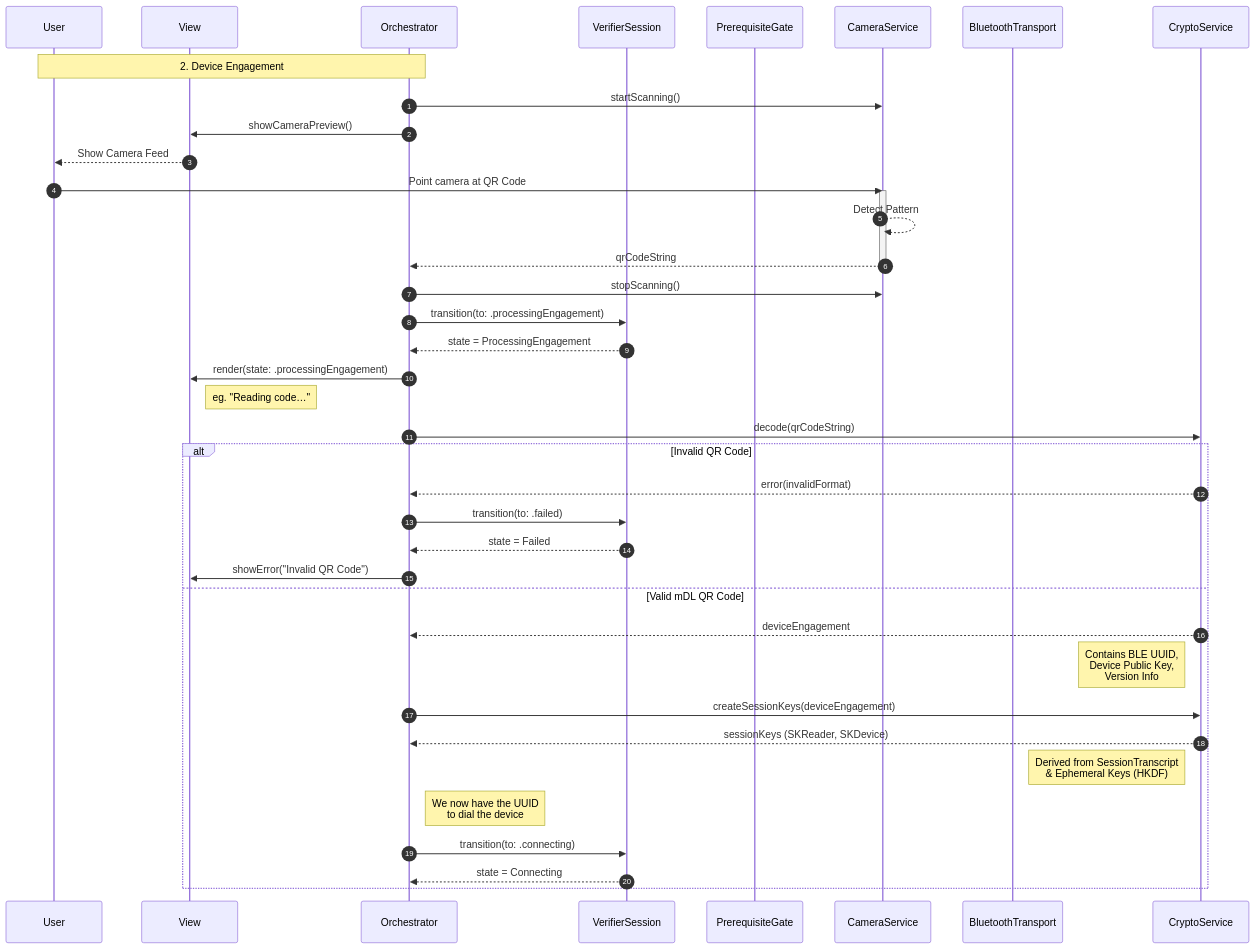
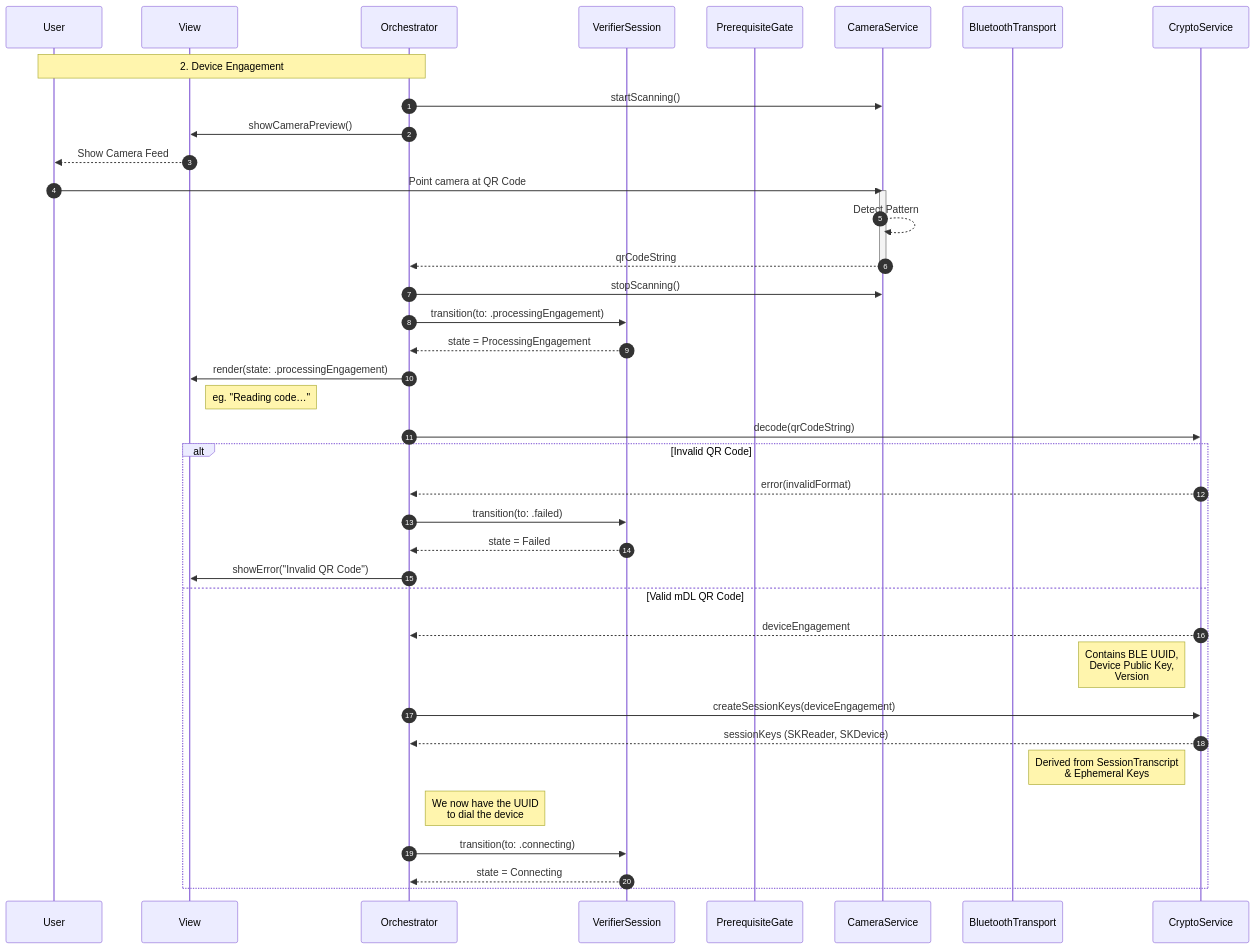
The third of 8 diagrams in verifier-solution-architecture.md (govuk-one-login/mobile-credential-sharing-docs), drawn with Mermaid before and after one commit. The commit also changed other lines of this file and 16 other files, not shown here.

````diff
--- a/verifier-solution-architecture.md
+++ b/verifier-solution-architecture.md
@@ -183,52 +268,52 @@
 ```mermaid
 sequenceDiagram
     autonumber
     
     participant User
     participant UI as View
     participant OR as Orchestrator
     participant VS as VerifierSession
     participant PG as PrerequisiteGate
     participant CAM as CameraService
     participant BLE as BluetoothTransport
     participant CRY as CryptoService
 
     Note over User, OR: 2. Device Engagement
 
     OR->>CAM: startScanning()
     OR->>UI: showCameraPreview()
     UI-->>User: Show Camera Feed
     
     User->>CAM: Point camera at QR Code
     activate CAM
     CAM-->>CAM: Detect Pattern
     CAM-->>OR: qrCodeString
     deactivate CAM
     
     OR->>CAM: stopScanning()
     
     OR->>VS: transition(to: .processingEngagement)
     VS-->>OR: state = ProcessingEngagement
     OR->>UI: render(state: .processingEngagement)
     Note right of UI: eg. "Reading code…"
     
     OR->>CRY: decode(qrCodeString)
     
     alt Invalid QR Code
         CRY-->>OR: error(invalidFormat)
         OR->>VS: transition(to: .failed) 
         VS-->>OR: state = Failed
         OR->>UI: showError("Invalid QR Code")
     else Valid mDL QR Code
         CRY-->>OR: deviceEngagement
-        Note left of CRY: Contains BLE UUID,<br/>Device Public Key,<br/>Version Info
+        Note left of CRY: Contains BLE UUID,<br/>Device Public Key,<br/>Version
         
         OR->>CRY: createSessionKeys(deviceEngagement)
         CRY-->>OR: sessionKeys (SKReader, SKDevice)
-        Note left of CRY: Derived from SessionTranscript<br/>& Ephemeral Keys (HKDF)
+        Note left of CRY: Derived from SessionTranscript<br/>& Ephemeral Keys
         
         Note right of OR: We now have the UUID<br/>to dial the device
         OR->>VS: transition(to: .connecting)
         VS-->>OR: state = Connecting
     end
 ```
````
